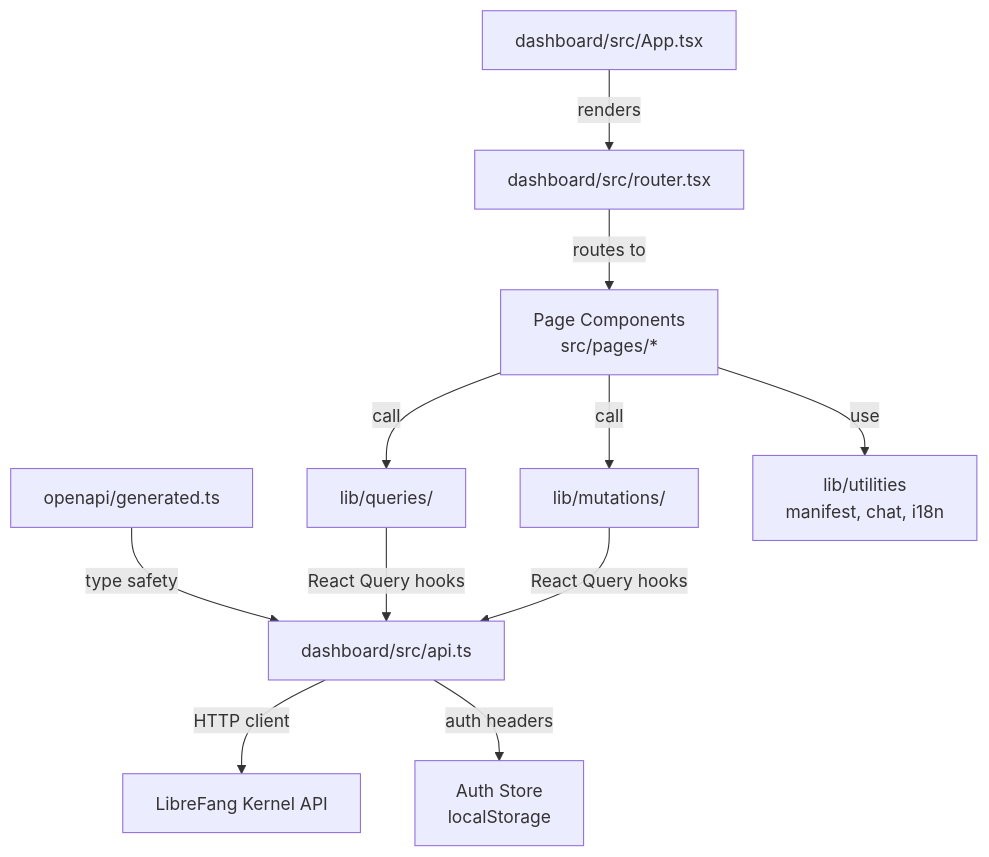
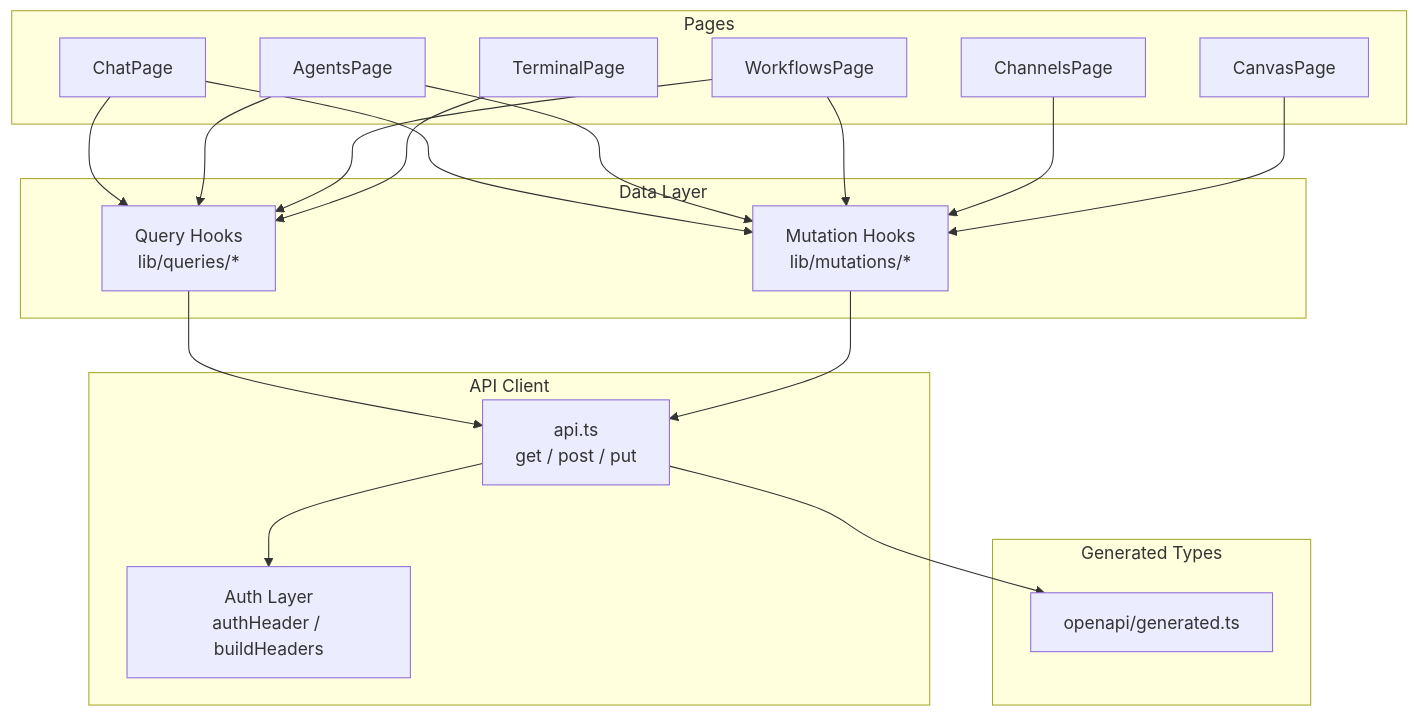
One commit to leszek3737/librefang-WIki changed the diagram in dashboard-frontend.md. Above: the diagram before and after it, drawn with Mermaid. The commit also changed other lines of this file and 118 other files, not shown here.

````diff
--- a/dashboard-frontend.md
+++ b/dashboard-frontend.md
@@ -11,13 +13,39 @@
 ```mermaid
 graph TD
-    A[openapi/generated.ts] -->|type safety| B[dashboard/src/api.ts]
-    B -->|HTTP client| C[LibreFang Kernel API]
-    B -->|auth headers| D[Auth Store<br/>localStorage]
-    E[lib/queries/] -->|React Query hooks| B
-    F[lib/mutations/] -->|React Query hooks| B
-    G[Page Components<br/>src/pages/*] -->|call| E
-    G -->|call| F
-    G -->|use| H[lib/utilities<br/>manifest, chat, i18n]
-    I[dashboard/src/App.tsx] -->|renders| J[dashboard/src/router.tsx]
-    J -->|routes to| G
+    subgraph Pages
+        A[ChatPage]
+        B[AgentsPage]
+        C[WorkflowsPage]
+        D[ChannelsPage]
+        E[CanvasPage]
+        F[TerminalPage]
+    end
+
+    subgraph Data Layer
+        G[Query Hooks<br>lib/queries/*]
+        H[Mutation Hooks<br>lib/mutations/*]
+    end
+
+    subgraph API Client
+        I[api.ts<br>get / post / put]
+        J[Auth Layer<br>authHeader / buildHeaders]
+    end
+
+    subgraph Generated Types
+        K[openapi/generated.ts]
+    end
+
+    A --> G
+    A --> H
+    B --> G
+    B --> H
+    C --> G
+    C --> H
+    D --> H
+    E --> H
+    F --> G
+    G --> I
+    H --> I
+    I --> J
+    I --> K
 ```
````
